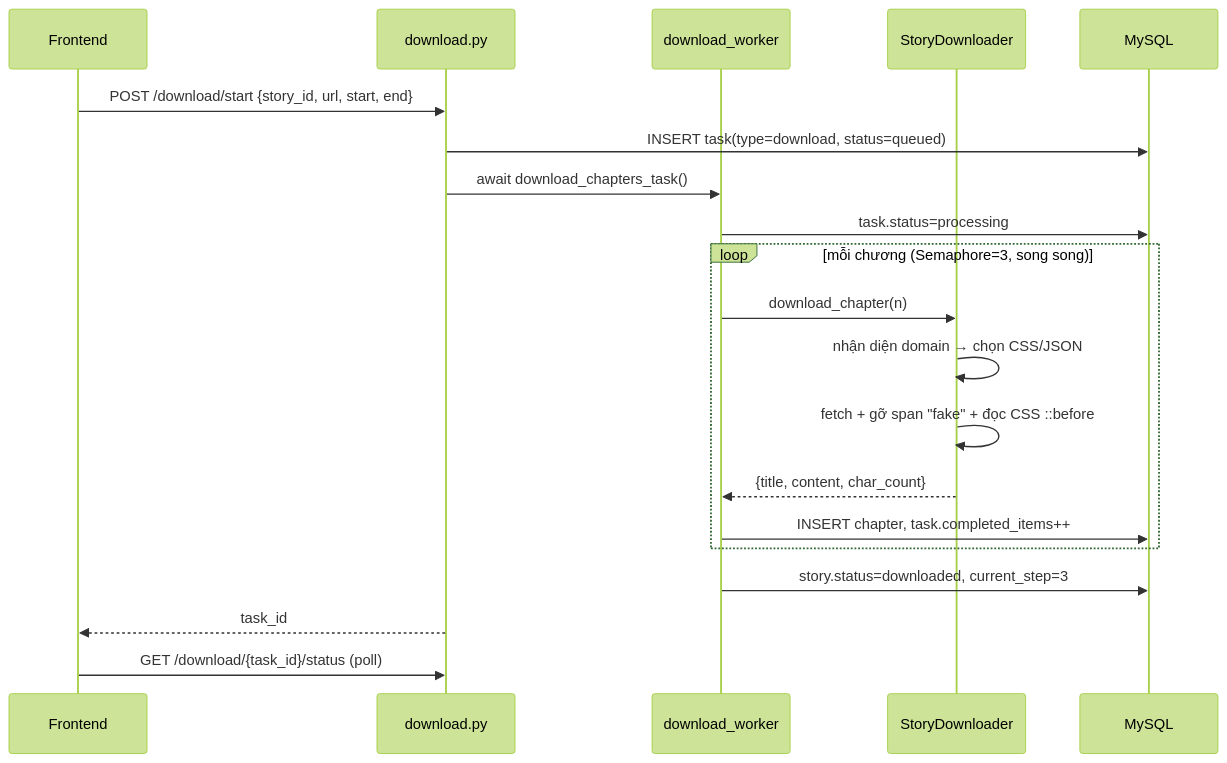
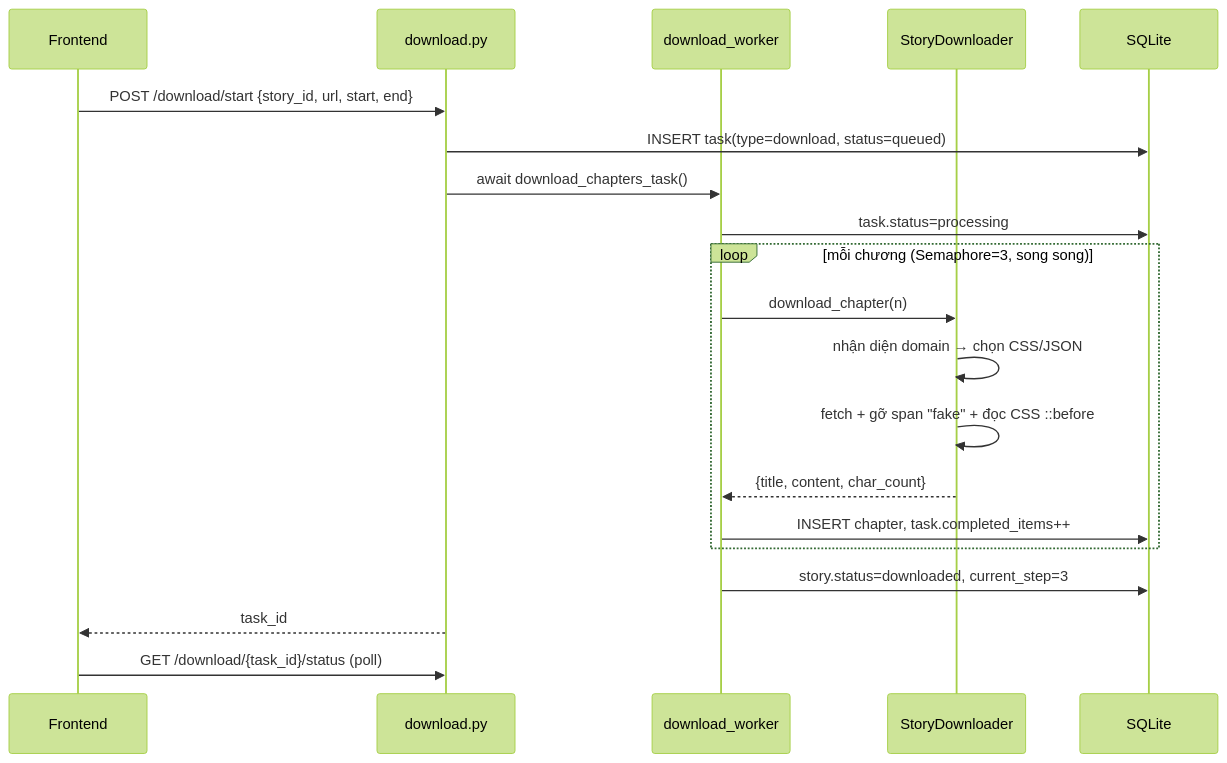
The second of 8 diagrams in docs/PROJECT_DOCUMENTATION.md (Duoclv-tech/App-audio-story), drawn with Mermaid (forest theme) before and after one commit. The commit also changed other lines of this file and 4 other files, not shown here.

````diff
--- a/docs/PROJECT_DOCUMENTATION.md
+++ b/docs/PROJECT_DOCUMENTATION.md
@@ -423,23 +497,23 @@
 ```mermaid
 sequenceDiagram
     participant FE as Frontend
     participant API as download.py
     participant WK as download_worker
     participant SV as StoryDownloader
-    participant DB as MySQL
+    participant DB as SQLite
 
     FE->>API: POST /download/start {story_id, url, start, end}
     API->>DB: INSERT task(type=download, status=queued)
     API->>WK: await download_chapters_task()
     WK->>DB: task.status=processing
     loop mỗi chương (Semaphore=3, song song)
         WK->>SV: download_chapter(n)
         SV->>SV: nhận diện domain → chọn CSS/JSON
         SV->>SV: fetch + gỡ span "fake" + đọc CSS ::before
         SV-->>WK: {title, content, char_count}
         WK->>DB: INSERT chapter, task.completed_items++
     end
     WK->>DB: story.status=downloaded, current_step=3
     API-->>FE: task_id
     FE->>API: GET /download/{task_id}/status (poll)
 ```
````
